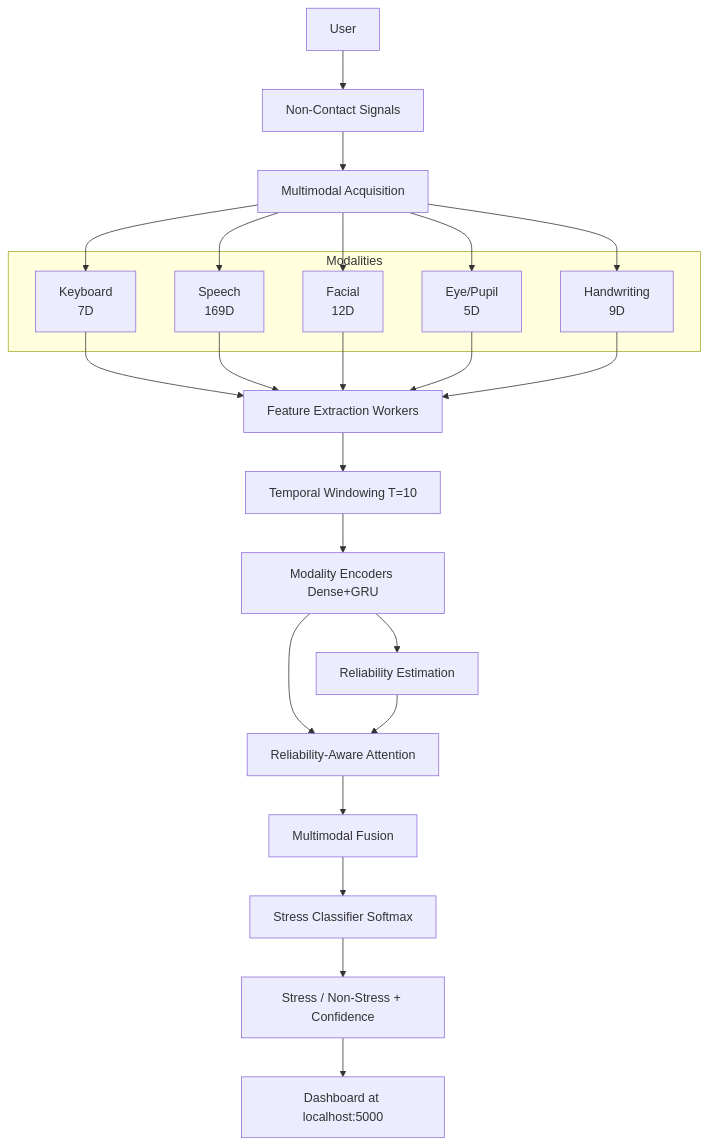
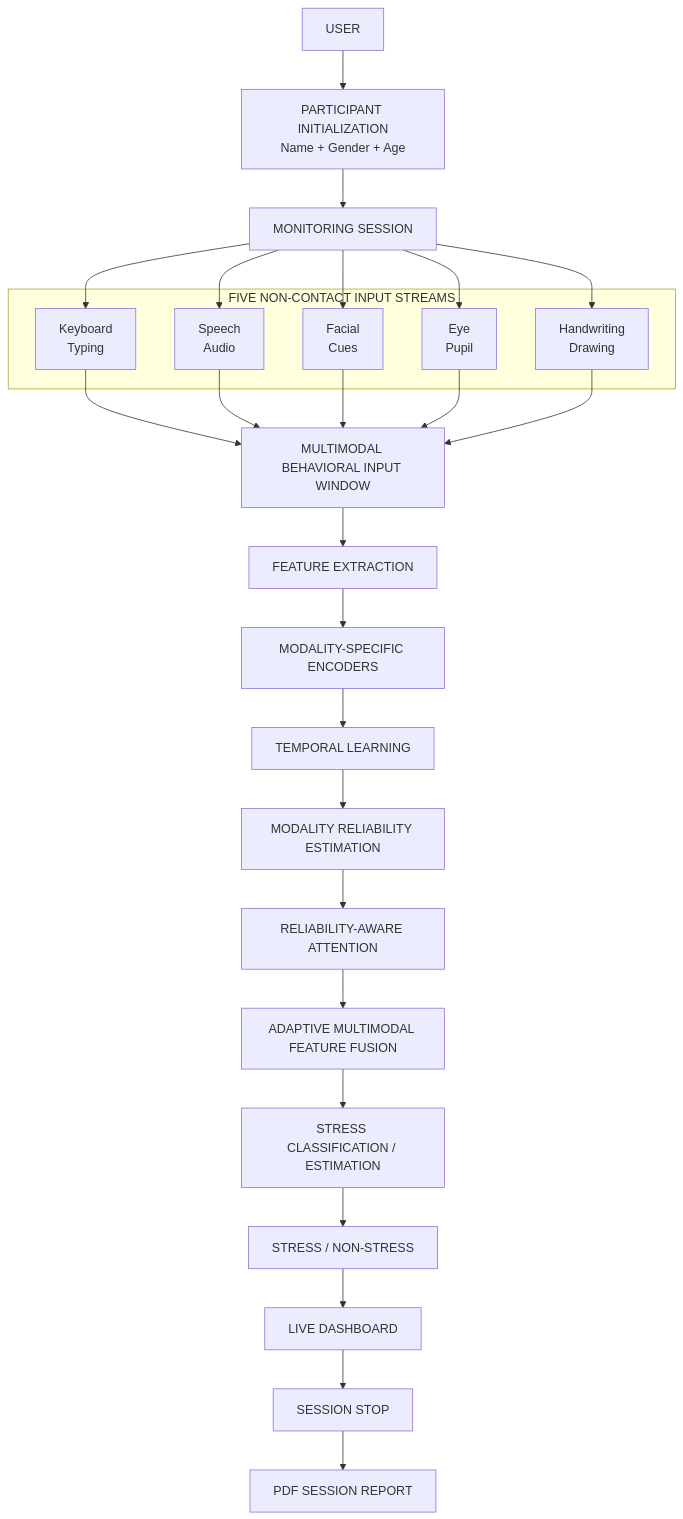
Before and after one commit to Abilash77/Scalable-Non-Contact-Stress: the diagram in README.md, drawn with Mermaid. The commit also changed other lines of this file and 4 other files, not shown here.

````diff
--- a/README.md
+++ b/README.md
@@ -31,26 +23,28 @@
 ```mermaid
 flowchart TD
-    U[User] --> S[Non-Contact Signals]
-    S --> MA[Multimodal Acquisition]
-
-    subgraph Modalities
-        K[Keyboard<br/>7D]
-        SP[Speech<br/>169D]
-        F[Facial<br/>12D]
-        E[Eye/Pupil<br/>5D]
-        H[Handwriting<br/>9D]
+    U[USER] --> PI[PARTICIPANT INITIALIZATION<br>Name + Gender + Age]
+    PI --> MS[MONITORING SESSION]
+    
+    subgraph FIVE NON-CONTACT INPUT STREAMS
+        K[Keyboard<br>Typing]
+        S[Speech<br>Audio]
+        F[Facial<br>Cues]
+        E[Eye<br>Pupil]
+        H[Handwriting<br>Drawing]
     end
-
-    MA --> K & SP & F & E & H
-
-    K & SP & F & E & H --> FE[Feature Extraction Workers]
-    FE --> TW[Temporal Windowing T=10]
-    TW --> ME[Modality Encoders Dense+GRU]
-    ME --> RE[Reliability Estimation]
-    ME --> RAA[Reliability-Aware Attention]
-    RE --> RAA
-    RAA --> MF[Multimodal Fusion]
-    MF --> SC[Stress Classifier Softmax]
-    SC --> OUT[Stress / Non-Stress + Confidence]
-    OUT --> DASH[Dashboard at localhost:5000]
+    
+    MS --> K & S & F & E & H
+    
+    K & S & F & E & H --> MBI[MULTIMODAL BEHAVIORAL INPUT WINDOW]
+    MBI --> FE[FEATURE EXTRACTION]
+    FE --> MSE[MODALITY-SPECIFIC ENCODERS]
+    MSE --> TL[TEMPORAL LEARNING]
+    TL --> MRE[MODALITY RELIABILITY ESTIMATION]
+    MRE --> RAA[RELIABILITY-AWARE ATTENTION]
+    RAA --> AMFF[ADAPTIVE MULTIMODAL FEATURE FUSION]
+    AMFF --> SC[STRESS CLASSIFICATION / ESTIMATION]
+    SC --> SNS[STRESS / NON-STRESS]
+    SNS --> LD[LIVE DASHBOARD]
+    LD --> SS[SESSION STOP]
+    SS --> PSR[PDF SESSION REPORT]
 ```
````
